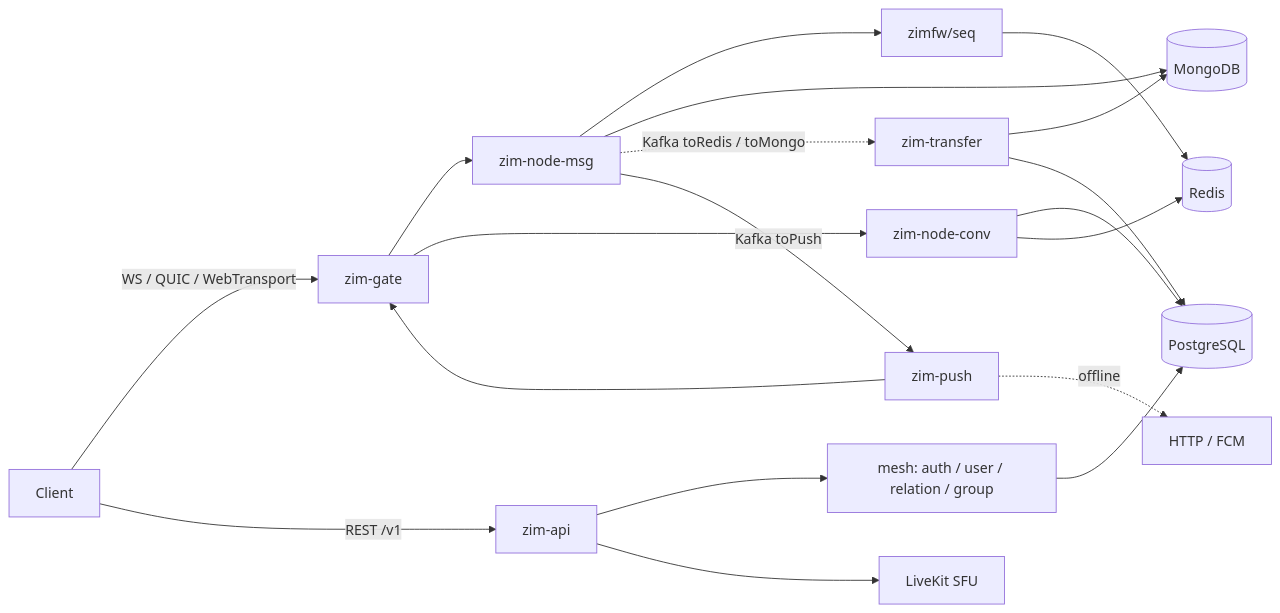
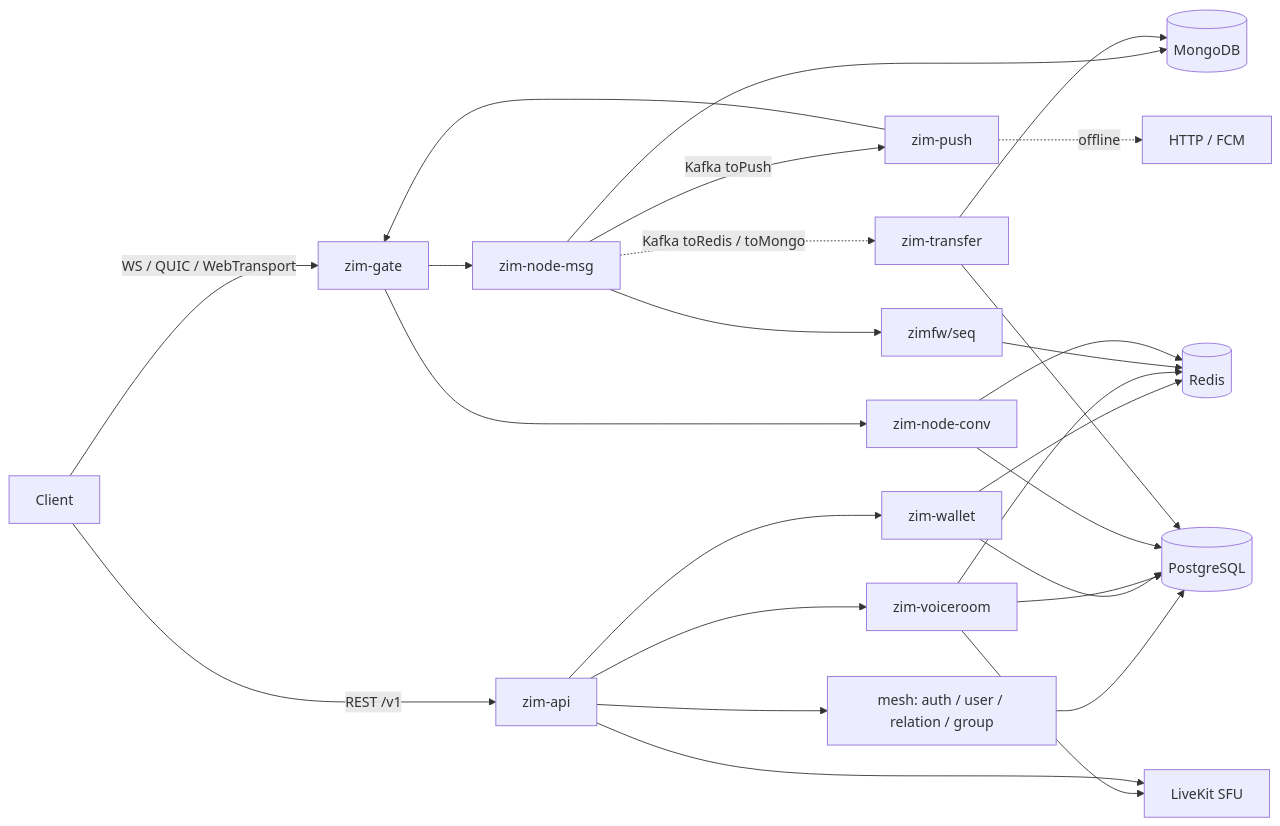
One commit to zciyuan/zim changed the diagram in README.md. Above: the diagram before and after it, drawn with Mermaid. The commit also changed other lines of this file and 4 other files, not shown here.

````diff
--- a/README.md
+++ b/README.md
@@ -67,25 +74,32 @@
 ```mermaid
 flowchart LR
     client[Client] -->|WS / QUIC / WebTransport| gate[zim-gate]
     client -->|REST /v1| api[zim-api]
 
     gate --> msg[zim-node-msg]
     gate --> conv[zim-node-conv]
     api --> mesh[mesh: auth / user / relation / group]
+    api --> wallet[zim-wallet]
+    api --> voiceroom[zim-voiceroom]
 
     mesh --> pg[(PostgreSQL)]
+    wallet --> pg
+    wallet --> redis[(Redis)]
+    voiceroom --> pg
+    voiceroom --> redis
+    voiceroom --> livekit[LiveKit SFU]
     msg --> seq[zimfw/seq]
-    seq --> redis[(Redis)]
+    seq --> redis
     msg --> mongo[(MongoDB)]
     conv --> pg
     conv --> redis
 
     msg -.->|Kafka toRedis / toMongo| transfer[zim-transfer]
     transfer --> mongo
     transfer --> pg
 
     msg -->|Kafka toPush| push[zim-push]
     push --> gate
     push -.->|offline| provider[HTTP / FCM]
-    api --> livekit[LiveKit SFU]
+    api --> livekit
 ```
````
